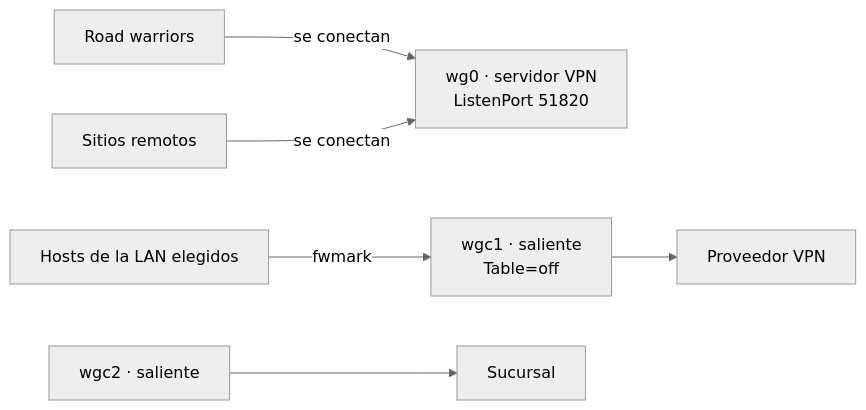
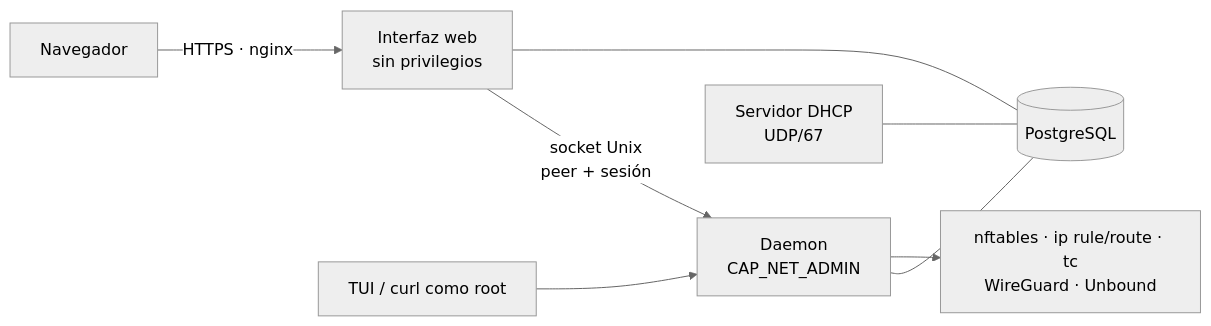
Before and after one commit to mchinchilla/NetFirewall: the diagram in README.es.md, drawn with Mermaid (neutral theme). The commit also changed other lines of this file and 2 other files, not shown here.

````diff
--- a/README.es.md
+++ b/README.es.md
@@ -334,8 +113,10 @@
 ```mermaid
 graph LR
-    RW[Road warriors] -->|se conectan| S[wg0 · servidor VPN<br/>ListenPort 51820]
-    SITE[Sitios remotos] -->|se conectan| S
-    LAN[Hosts de la LAN elegidos] -->|fwmark| O1[wgc1 · saliente<br/>Table=off]
-    O1 --> P[Proveedor VPN]
-    O2[wgc2 · saliente] --> B[Sucursal]
+    B[Navegador] -->|HTTPS · nginx| W[Interfaz web<br/>sin privilegios]
+    T[TUI / curl como root] --> D
+    W -->|socket Unix<br/>peer + sesión| D[Daemon<br/>CAP_NET_ADMIN]
+    W --- P[(PostgreSQL)]
+    D --- P
+    H[Servidor DHCP<br/>UDP/67] --- P
+    D --> K[nftables · ip rule/route · tc<br/>WireGuard · Unbound]
 ```
````
